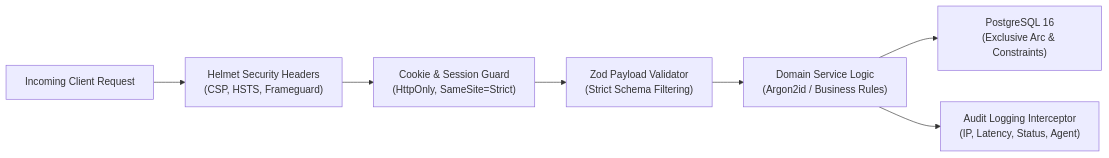
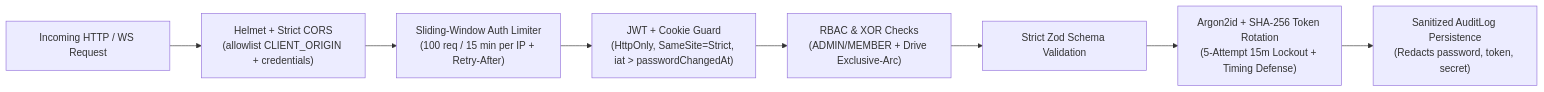
One commit to VishnuThangaraj/Orvexa changed the fifth of 5 diagrams in README.md. Above: the diagram before and after it, drawn with Mermaid. The commit also changed other lines of this file, not shown here.

````diff
--- a/README.md
+++ b/README.md
@@ -869,9 +810,10 @@
 ```mermaid
 flowchart LR
-    Request["Incoming Client Request"] --> Helmet["Helmet Security Headers\n(CSP, HSTS, Frameguard)"]
-    Helmet --> CookieGuard["Cookie & Session Guard\n(HttpOnly, SameSite=Strict)"]
-    CookieGuard --> ZodGuard["Zod Payload Validator\n(Strict Schema Filtering)"]
-    ZodGuard --> AppLogic["Domain Service Logic\n(Argon2id / Business Rules)"]
-    AppLogic --> DB["PostgreSQL 16\n(Exclusive Arc & Constraints)"]
-    AppLogic --> AuditLogger["Audit Logging Interceptor\n(IP, Latency, Status, Agent)"]
+    Req["Incoming HTTP / WS Request"] --> Headers["Helmet + Strict CORS\n(allowlist CLIENT_ORIGIN + credentials)"]
+    Headers --> Limiter["Sliding-Window Auth Limiter\n(100 req / 15 min per IP + Retry-After)"]
+    Limiter --> AuthN["JWT + Cookie Guard\n(HttpOnly, SameSite=Strict, iat > passwordChangedAt)"]
+    AuthN --> AuthZ["RBAC & XOR Checks\n(ADMIN/MEMBER + Drive Exclusive-Arc)"]
+    AuthZ --> Zod["Strict Zod Schema Validation"]
+    Zod --> Crypto["Argon2id + SHA-256 Token Rotation\n(5-Attempt 15m Lockout + Timing Defense)"]
+    Crypto --> Audit["Sanitized AuditLog Persistence\n(Redacts password, token, secret)"]
 ```
````
